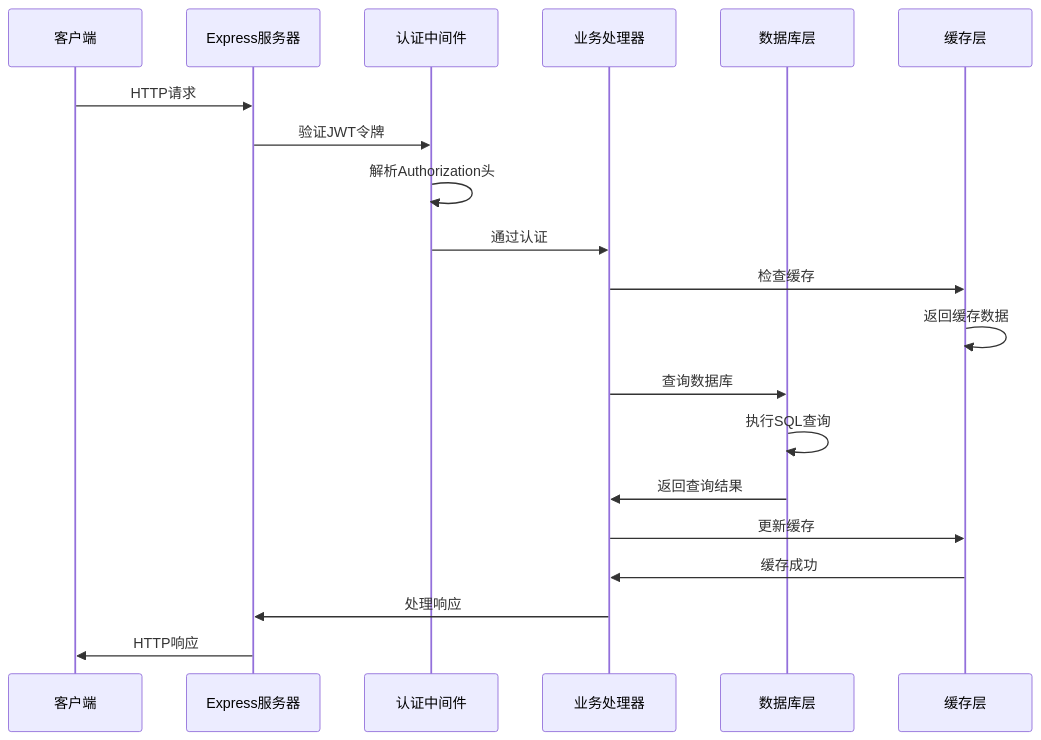
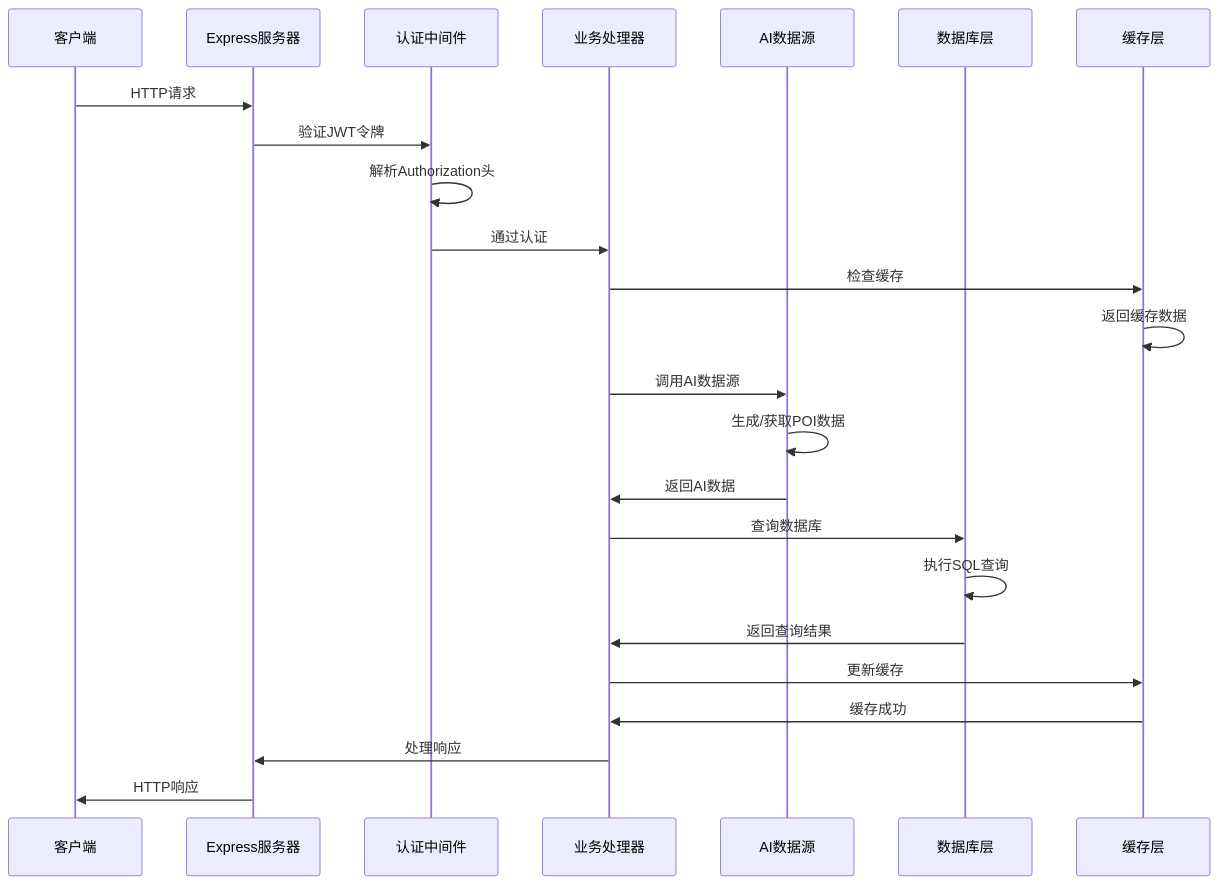
The second of 13 diagrams in .qoder/repowiki/zh/content/后端API架构/Express服务器配置.md (ititjjy/AITrip-plan), drawn with Mermaid before and after one commit. The commit also changed other lines of this file and 17 other files, not shown here.

````diff
--- a/.qoder/repowiki/zh/content/后端API架构/Express服务器配置.md
+++ b/.qoder/repowiki/zh/content/后端API架构/Express服务器配置.md
@@ -114,22 +139,26 @@
 ```mermaid
 sequenceDiagram
 participant Client as 客户端
 participant Express as Express服务器
 participant Auth as 认证中间件
 participant Handler as 业务处理器
+participant AI as AI数据源
 participant DB as 数据库层
 participant Cache as 缓存层
 Client->>Express : HTTP请求
 Express->>Auth : 验证JWT令牌
 Auth->>Auth : 解析Authorization头
 Auth->>Handler : 通过认证
 Handler->>Cache : 检查缓存
 Cache->>Cache : 返回缓存数据
+Handler->>AI : 调用AI数据源
+AI->>AI : 生成/获取POI数据
+AI->>Handler : 返回AI数据
 Handler->>DB : 查询数据库
 DB->>DB : 执行SQL查询
 DB->>Handler : 返回查询结果
 Handler->>Cache : 更新缓存
 Cache->>Handler : 缓存成功
 Handler->>Express : 处理响应
 Express->>Client : HTTP响应
 ```
````
